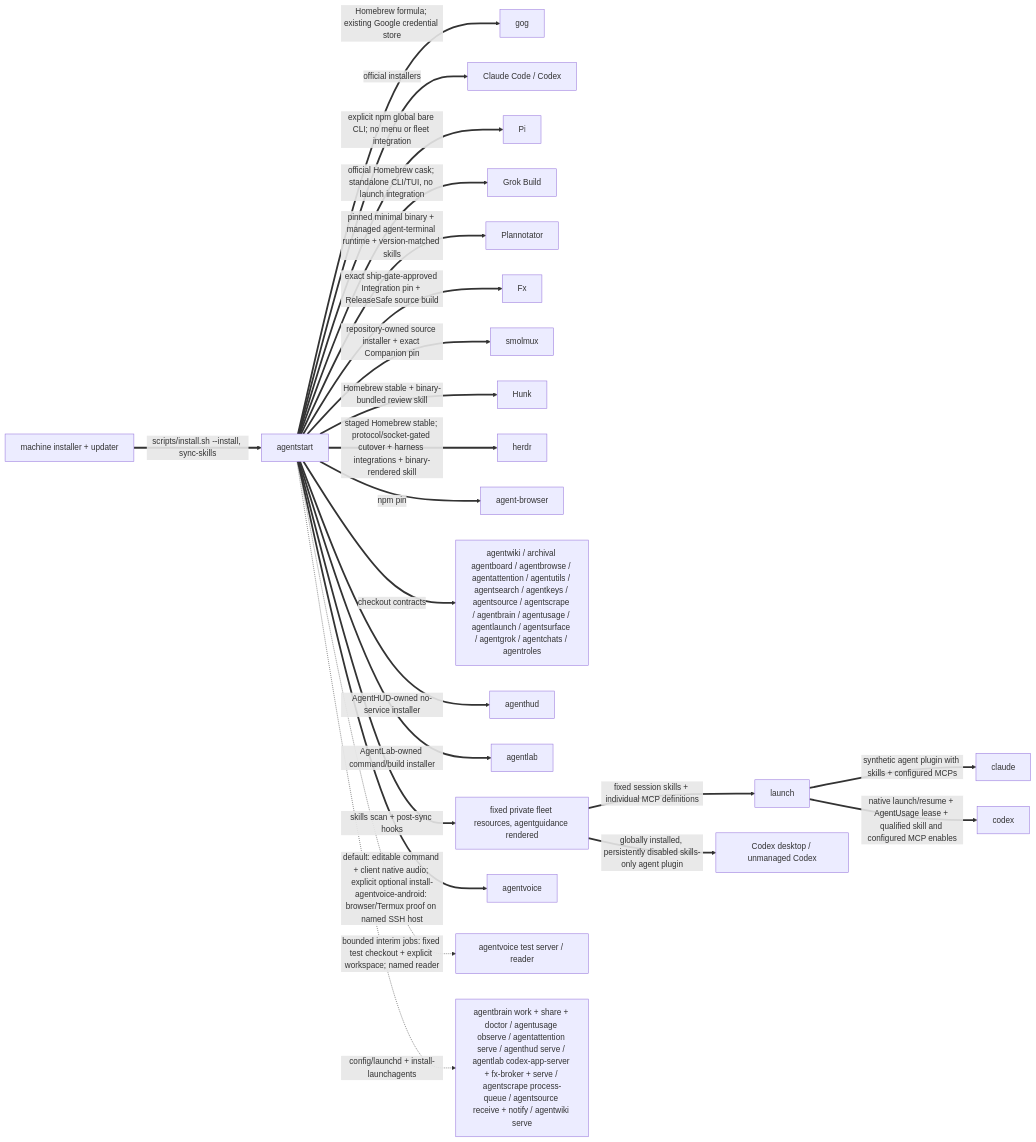
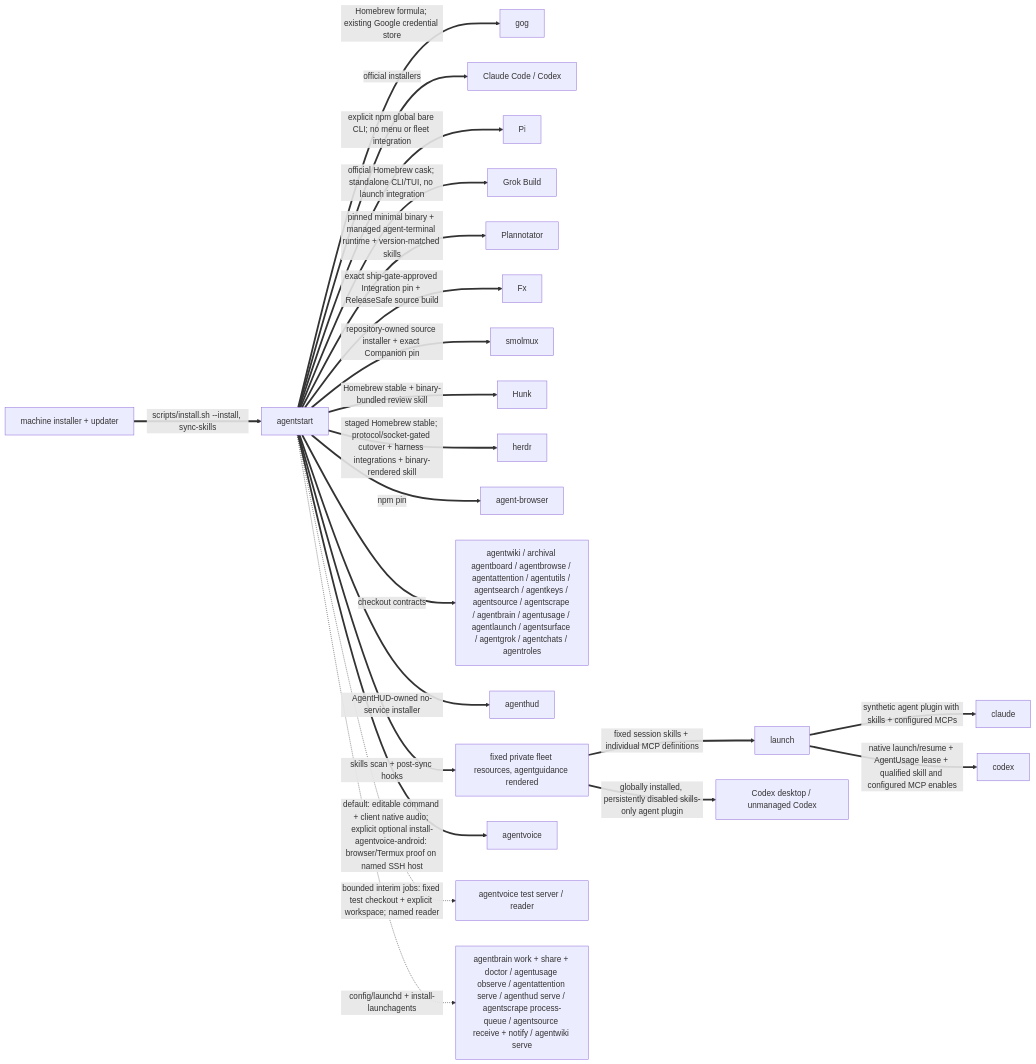
One commit to possibilities/agentstart changed the second of 3 diagrams in skills/fleet/MAP.md. Above: the diagram before and after it, drawn with Mermaid. The commit also changed other lines of this file and 18 other files, not shown here.

Commit message:
Retire AgentLab fleet integration

````diff
--- a/skills/fleet/MAP.md
+++ b/skills/fleet/MAP.md
@@ -107,28 +105,27 @@
 ```mermaid
 flowchart LR
     machine[machine installer + updater]
     start[agentstart]
 
     machine ==>|scripts/install.sh --install, sync-skills| start
     start ==>|Homebrew formula; existing Google credential store| gog
     start ==>|official installers| harnesses[Claude Code / Codex]
     start ==>|explicit npm global bare CLI; no menu or fleet integration| pi[Pi]
     start ==>|official Homebrew cask; standalone CLI/TUI, no launch integration| grok[Grok Build]
     start ==>|pinned minimal binary + managed agent-terminal runtime + version-matched skills| plannotator[Plannotator]
     start ==>|exact ship-gate-approved Integration pin + ReleaseSafe source build| fx[Fx]
     start ==>|repository-owned source installer + exact Companion pin| smolmuxInstall[smolmux]
     start ==>|Homebrew stable + binary-bundled review skill| hunk[Hunk]
     start ==>|staged Homebrew stable; protocol/socket-gated cutover + harness integrations + binary-rendered skill| herdrInstall[herdr]
     start ==>|npm pin| browser[agent-browser]
     start ==>|checkout contracts| fleet[agentwiki / archival agentboard / agentbrowse / agentattention / agentutils / agentsearch / agentkeys / agentsource / agentscrape / agentbrain / agentusage / agentlaunch / agentsurface / agentgrok / agentchats / agentroles]
     start ==>|AgentHUD-owned no-service installer| hudInstall[agenthud]
-    start ==>|AgentLab-owned command/build installer| labInstall[agentlab]
     start ==>|skills scan + post-sync hooks| skills[fixed private fleet resources, agentguidance rendered]
     start ==>|default: editable command + client native audio; explicit optional install-agentvoice-android: browser/Termux proof on named SSH host| voiceInstall[agentvoice]
     start -.->|bounded interim jobs: fixed test checkout + explicit workspace; named reader| voiceTest[agentvoice test server / reader]
     skills ==>|fixed session skills + individual MCP definitions| launch
     launch ==>|synthetic agent plugin with skills + configured MCPs| claude
     launch ==>|native launch/resume + AgentUsage lease + qualified skill and configured MCP enables| codex
     skills ==>|globally installed, persistently disabled skills-only agent plugin| codexDesktop[Codex desktop / unmanaged Codex]
-    start -.->|config/launchd + install-launchagents| services[agentbrain work + share + doctor / agentusage observe / agentattention serve / agenthud serve / agentlab codex-app-server + fx-broker + serve / agentscrape process-queue / agentsource receive + notify / agentwiki serve]
+    start -.->|config/launchd + install-launchagents| services[agentbrain work + share + doctor / agentusage observe / agentattention serve / agenthud serve / agentscrape process-queue / agentsource receive + notify / agentwiki serve]
 ```
````
